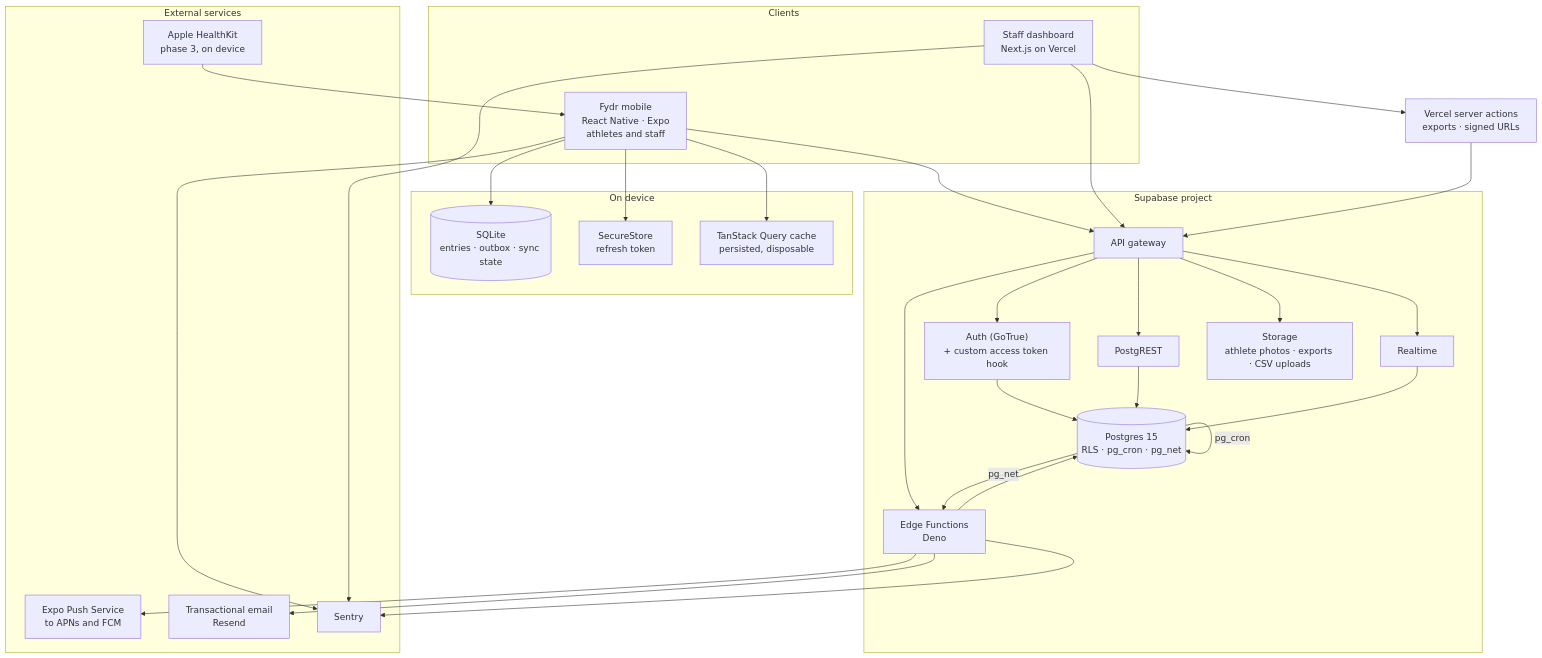
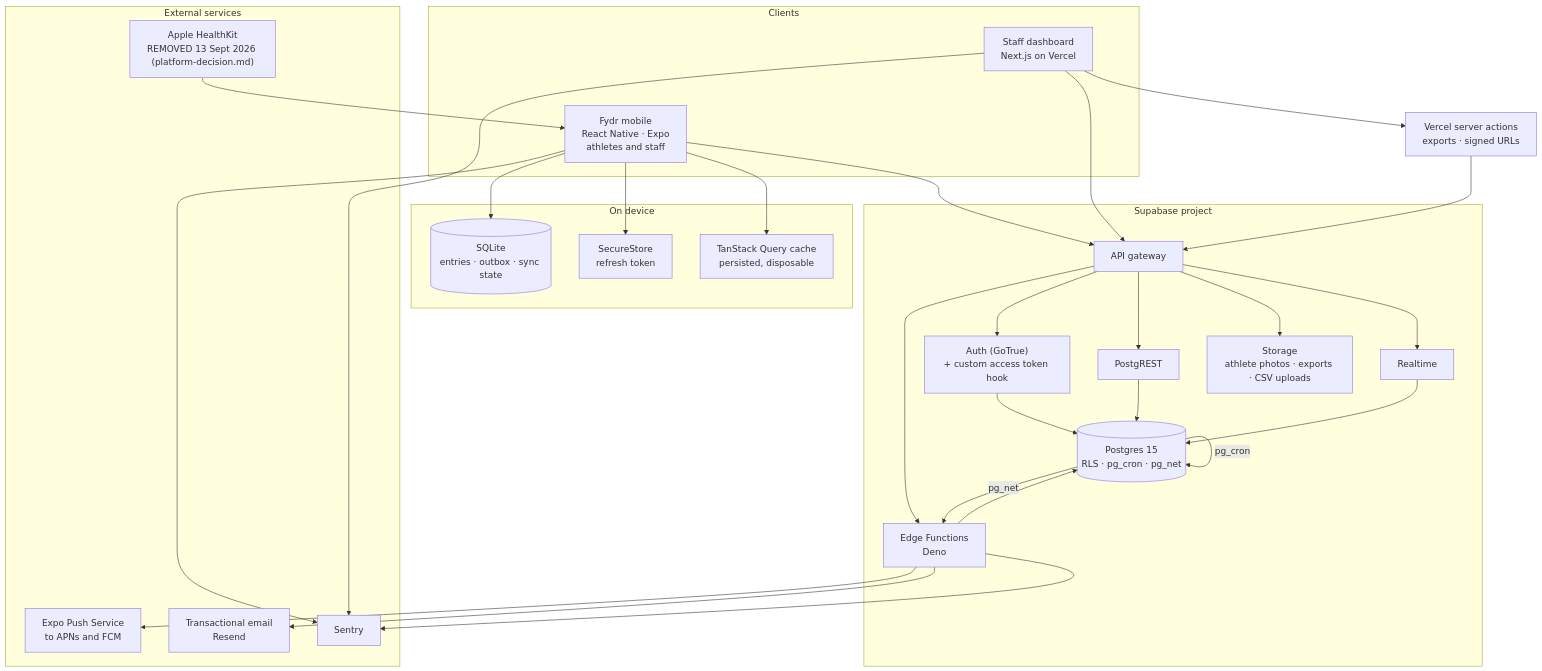
The first of 6 diagrams in docs/05-architecture.md (isabellasale212/FYDR), drawn with Mermaid before and after one commit. The commit also changed 29 other files, not shown here.

````diff
--- a/docs/05-architecture.md
+++ b/docs/05-architecture.md
@@ -18,59 +18,59 @@
 ```mermaid
 graph TB
     subgraph Clients["Clients"]
         MA["Fydr mobile<br/>React Native · Expo<br/>athletes and staff"]
         WD["Staff dashboard<br/>Next.js on Vercel"]
     end
 
     subgraph Device["On device"]
         SQL[("SQLite<br/>entries · outbox · sync state")]
         SS["SecureStore<br/>refresh token"]
         QC["TanStack Query cache<br/>persisted, disposable"]
     end
 
     subgraph SB["Supabase project"]
         GW["API gateway"]
         AUTH["Auth (GoTrue)<br/>+ custom access token hook"]
         REST["PostgREST"]
         RT["Realtime"]
         STG["Storage<br/>athlete photos · exports · CSV uploads"]
         EF["Edge Functions<br/>Deno"]
         PG[("Postgres 15<br/>RLS · pg_cron · pg_net")]
     end
 
     subgraph Ext["External services"]
         PUSH["Expo Push Service<br/>to APNs and FCM"]
         MAIL["Transactional email<br/>Resend"]
-        HK["Apple HealthKit<br/>phase 3, on device"]
+        HK["Apple HealthKit<br/>REMOVED 13 Sept 2026 (platform-decision.md)"]
         SEN["Sentry"]
     end
 
     MA --> SQL
     MA --> SS
     MA --> QC
     HK --> MA
 
     MA --> GW
     WD --> GW
     WD --> VER["Vercel server actions<br/>exports · signed URLs"]
     VER --> GW
 
     GW --> AUTH
     GW --> REST
     GW --> RT
     GW --> STG
     GW --> EF
 
     AUTH --> PG
     REST --> PG
     RT --> PG
     EF --> PG
     PG -->|pg_net| EF
     PG -->|pg_cron| PG
 
     EF --> PUSH
     EF --> MAIL
     MA --> SEN
     WD --> SEN
     EF --> SEN
 ```
````
